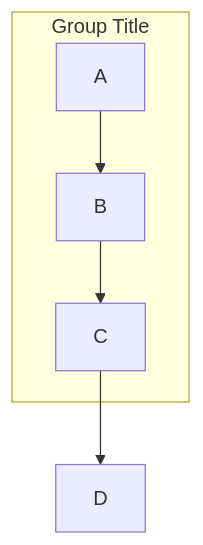
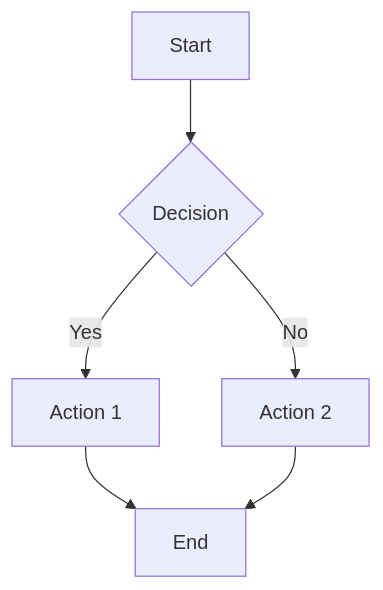
Before and after one commit to gjuoun/claude-skills: the first of 5 diagrams in mermaid/SKILL.md, drawn with Mermaid. The commit also changed other lines of this file and 3 other files, not shown here.

Commit message:
better mermaid

````diff
--- a/mermaid/SKILL.md
+++ b/mermaid/SKILL.md
@@ -87,8 +34,8 @@
 ```mermaid
 flowchart TD
-    subgraph Group Title
-        A --> B
-        B --> C
-    end
-    C --> D
+    A[Start] --> B{Decision}
+    B -->|Yes| C[Action 1]
+    B -->|No| D[Action 2]
+    C --> E[End]
+    D --> E
 ```
````
